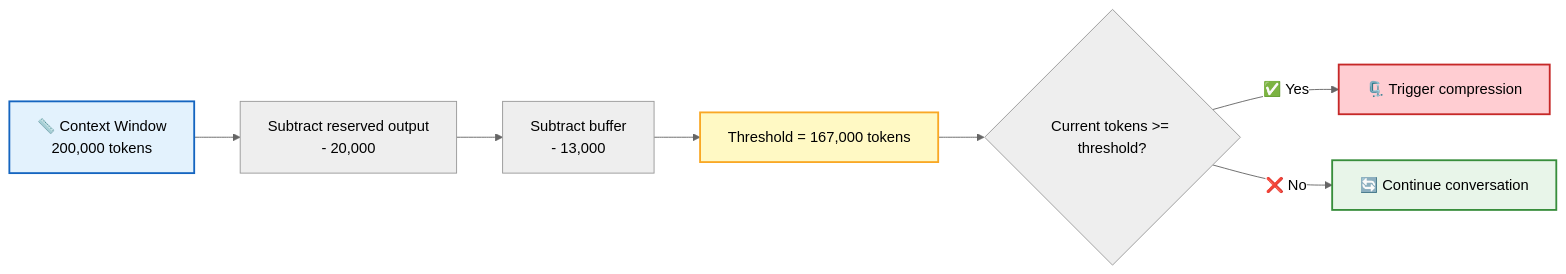
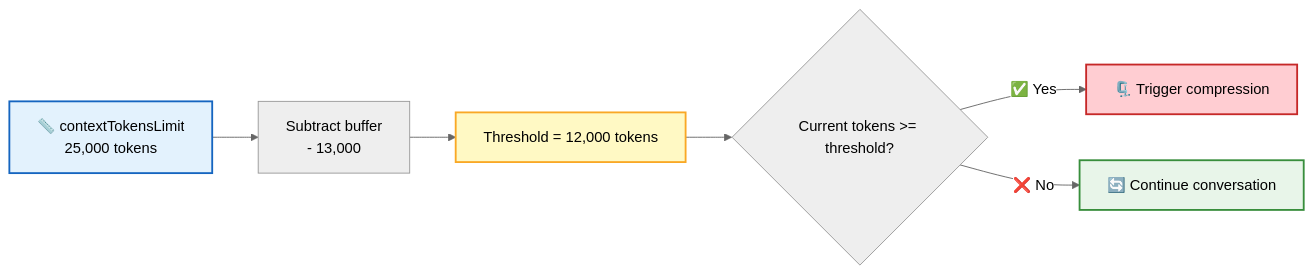
One commit to rtc-agent/docs changed the third of 6 diagrams in src/content/docs/en/features/context-management.md. Above: the diagram before and after it, drawn with Mermaid (neutral theme). The commit also changed other lines of this file and 60 other files, not shown here.

First line of the commit message:
docs(site): refresh documentation with new sections and improved diagrams

````diff
--- a/src/content/docs/en/features/context-management.md
+++ b/src/content/docs/en/features/context-management.md
@@ -104,15 +91,14 @@
 ```mermaid
 flowchart LR
-    W["📏 Context Window<br/>200,000 tokens"] --> E["Subtract reserved output<br/>- 20,000"]
-    E --> T["Subtract buffer<br/>- 13,000"]
-    T --> TH["Threshold = 167,000 tokens"]
+    W["📏 contextTokensLimit<br/>25,000 tokens"] --> T["Subtract buffer<br/>- 13,000"]
+    T --> TH["Threshold = 12,000 tokens"]
 
     TH --> CHECK{"Current tokens >= threshold?"}
     CHECK -->|"✅ Yes"| COMPACT["🗜️ Trigger compression"]
     CHECK -->|"❌ No"| CONT["🔄 Continue conversation"]
 
     style W fill:#e3f2fd,stroke:#1565c0,stroke-width:2px
     style TH fill:#fff9c4,stroke:#f9a825,stroke-width:2px
     style COMPACT fill:#ffcdd2,stroke:#c62828,stroke-width:2px
     style CONT fill:#e8f5e9,stroke:#388e3c,stroke-width:2px
 ```
````
